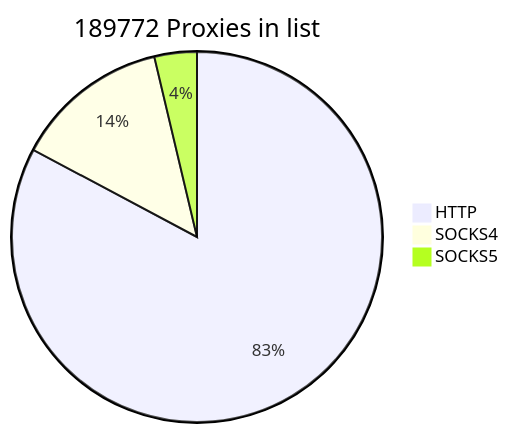
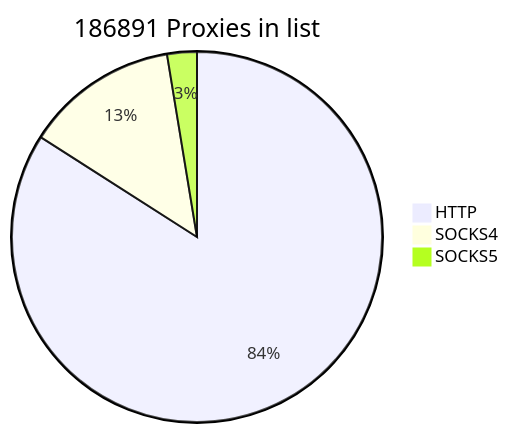
Before and after one commit to cutipu/proxylist: the first of 2 diagrams in README.md, drawn with Mermaid. The commit also changed other lines of this file, not shown here.

````diff
--- a/README.md
+++ b/README.md
@@ -2,7 +2,7 @@
 ```mermaid
-pie title 189772 Proxies in list
-    "HTTP" : 157099
-    "SOCKS4" : 25645
-    "SOCKS5" : 7028
+pie title 186891 Proxies in list
+    "HTTP" : 157076
+    "SOCKS4" : 24968
+    "SOCKS5" : 4847
             
 ```
````
